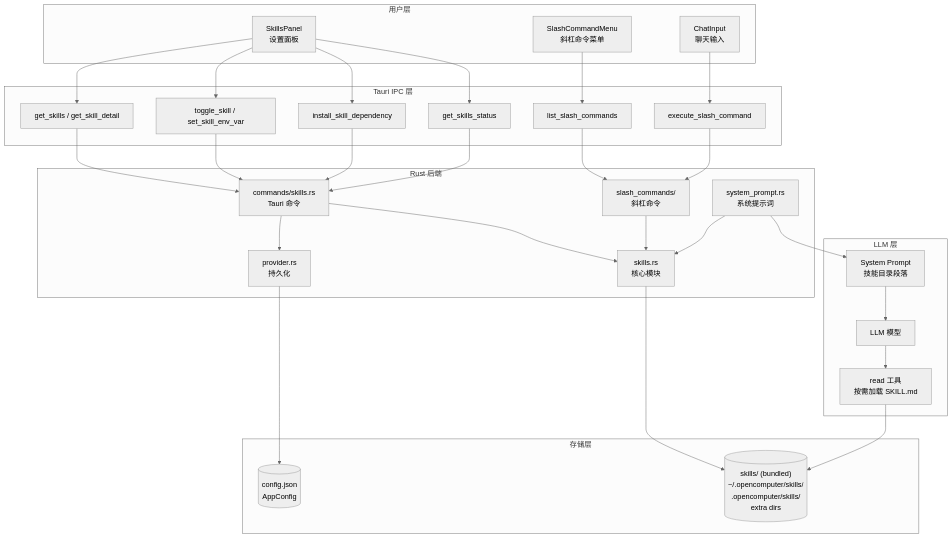
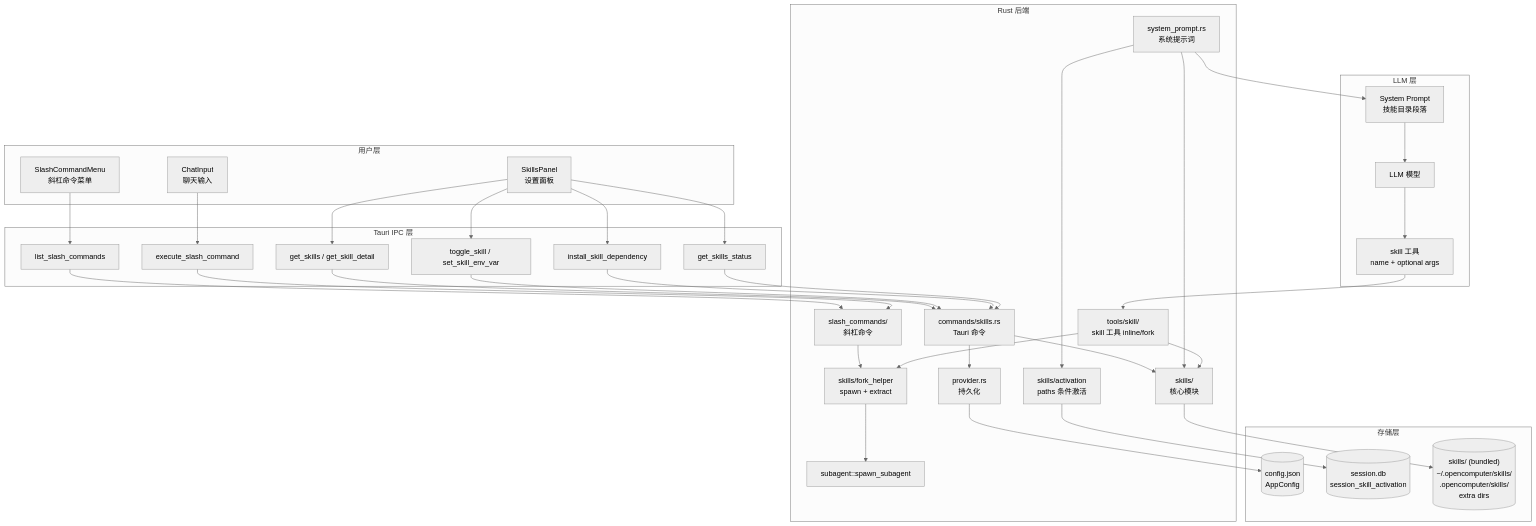
Before and after one commit to shiwenwen/hope-agent: the first of 18 diagrams in docs/architecture/skill-system.md, drawn with Mermaid (neutral theme). The commit also changed other lines of this file and 30 other files, not shown here.

````diff
--- a/docs/architecture/skill-system.md
+++ b/docs/architecture/skill-system.md
@@ -43,56 +55,67 @@
 ```mermaid
 graph TB
     subgraph 用户层
         UI[SkillsPanel<br/>设置面板]
         CMD[SlashCommandMenu<br/>斜杠命令菜单]
         CHAT[ChatInput<br/>聊天输入]
     end
 
     subgraph Tauri IPC 层
         T1[get_skills / get_skill_detail]
         T2[toggle_skill / set_skill_env_var]
         T3[install_skill_dependency]
         T4[get_skills_status]
         T5[list_slash_commands]
         T6[execute_slash_command]
     end
 
     subgraph Rust 后端
-        SKILLS[skills.rs<br/>核心模块]
+        SKILLS[skills/<br/>核心模块]
+        FORK[skills/fork_helper<br/>spawn + extract]
+        ACT[skills/activation<br/>paths 条件激活]
+        SKTOOL[tools/skill/<br/>skill 工具 inline/fork]
         CMDS[commands/skills.rs<br/>Tauri 命令]
         SP[system_prompt.rs<br/>系统提示词]
         SLASH[slash_commands/<br/>斜杠命令]
+        SUB[subagent::spawn_subagent]
         PROV[provider.rs<br/>持久化]
     end
 
     subgraph 存储层
         CONFIG[(config.json<br/>AppConfig)]
+        SESSDB[("session.db<br/>session_skill_activation")]
         FS[("skills/ (bundled)<br/>~/.opencomputer/skills/<br/>.opencomputer/skills/<br/>extra dirs")]
     end
 
     subgraph LLM 层
         PROMPT[System Prompt<br/>技能目录段落]
         LLM[LLM 模型]
-        READ[read 工具<br/>按需加载 SKILL.md]
+        SKILL_TOOL[skill 工具<br/>name + optional args]
     end
 
     UI --> T1 & T2 & T3 & T4
     CMD --> T5
     CHAT --> T6
 
     T1 & T2 & T3 & T4 --> CMDS
     T5 & T6 --> SLASH
 
     CMDS --> SKILLS
-    SLASH --> SKILLS
+    SLASH --> FORK
     SP --> SKILLS
+    SP --> ACT
+
+    SKTOOL --> FORK
+    SKTOOL --> SKILLS
+    FORK --> SUB
+    ACT --> SESSDB
 
     SKILLS --> FS
     CMDS --> PROV
     PROV --> CONFIG
 
     SP --> PROMPT
     PROMPT --> LLM
-    LLM --> READ
-    READ --> FS
+    LLM --> SKILL_TOOL
+    SKILL_TOOL --> SKTOOL
 ```
````
